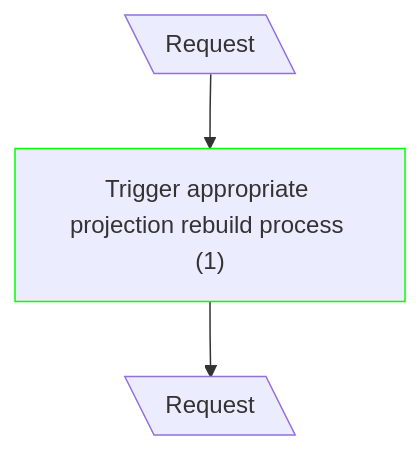
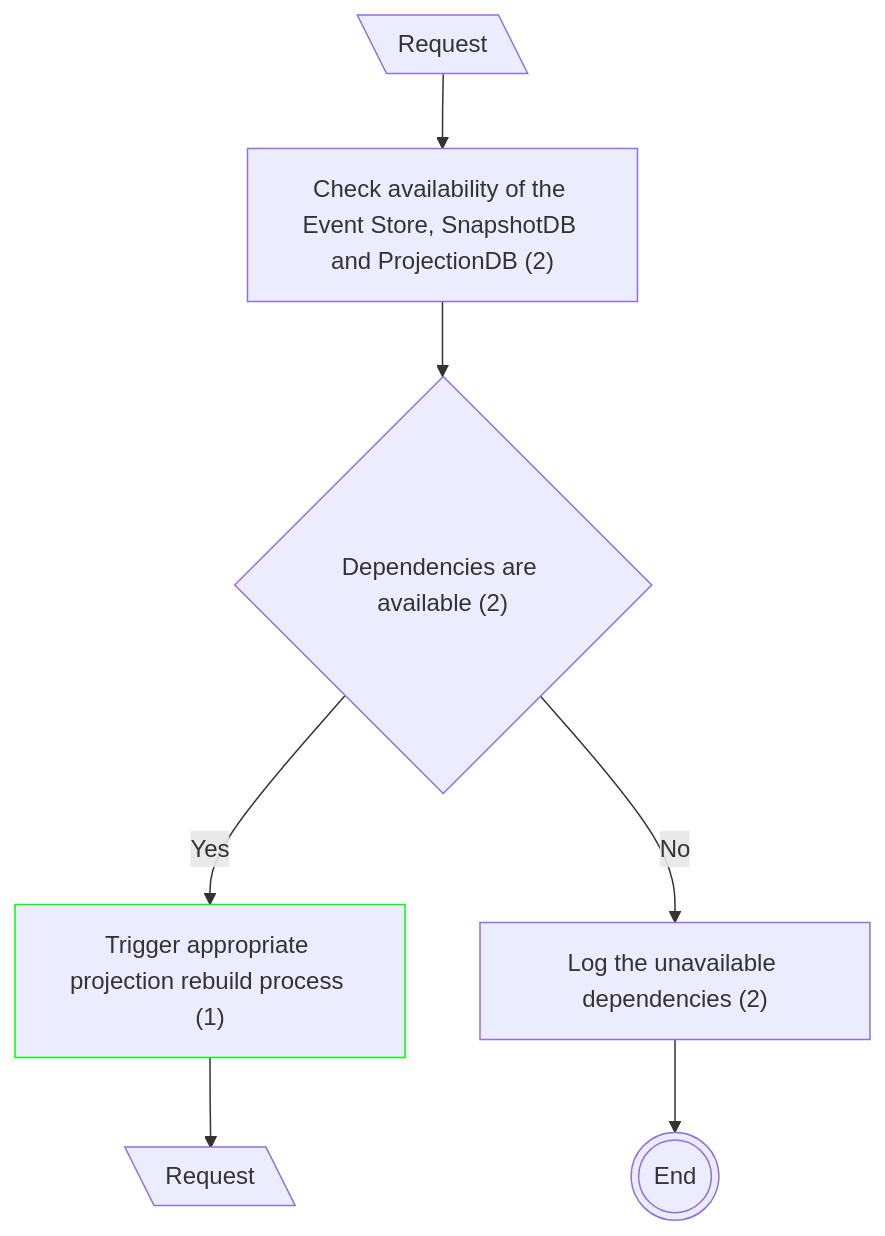
One commit to dmitryhruzin/CQRS-variations-test changed the first of 8 diagrams in docs/CF Complexity/projection rebuild.md. Above: the diagram before and after it, drawn with Mermaid. The commit also changed other lines of this file and 4 other files, not shown here.

Commit message:
docs: add infra calls to diagrams

````diff
--- a/docs/CF Complexity/projection rebuild.md
+++ b/docs/CF Complexity/projection rebuild.md
@@ -5,7 +5,11 @@
 ```mermaid
 flowchart TD
   classDef mod stroke:#0f0
   A@{ shape: lean-l, label: "Request" }
-  A --> B["Trigger appropriate projection rebuild process (1)"]:::mod
+  A --> CH["Check availability of the Event Store, SnapshotDB and ProjectionDB (2)"]
+  CH --> Q{"Dependencies are available (2)"}
+  Q --Yes--> B["Trigger appropriate projection rebuild process (1)"]:::mod
+  Q --"No"--> LG["Log the unavailable dependencies (2)"]
+  LG --> X@{ shape: dbl-circ, label: "End" }
   B --> D@{ shape: lean-l, label: "Request" }
 ```
````
